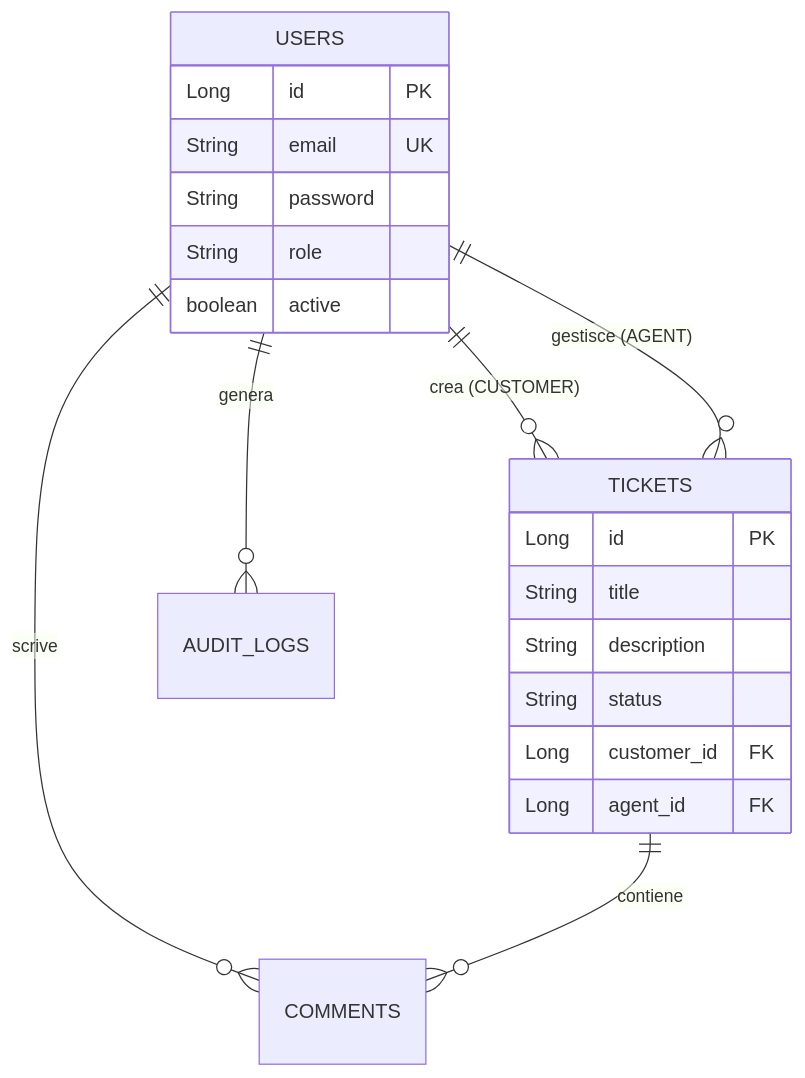
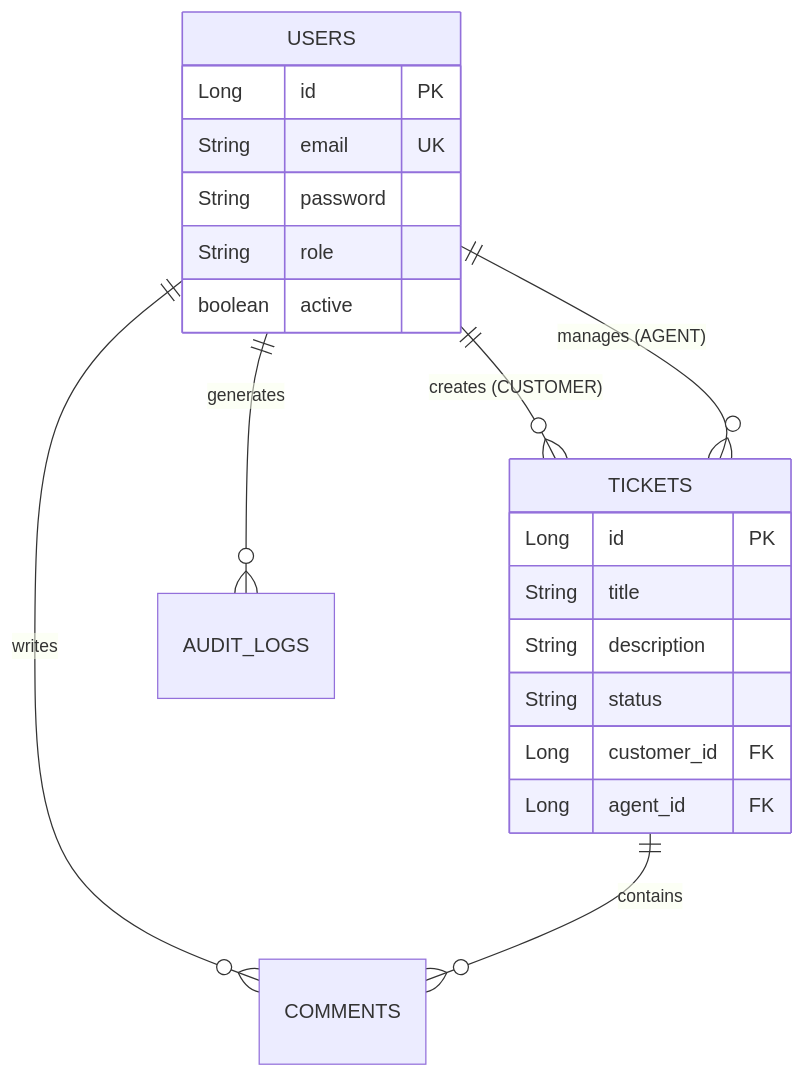
The diagram in README.md (ste-riiba/helpdesk), drawn with Mermaid before and after one commit. The commit also changed other lines of this file, not shown here.

````diff
--- a/README.md
+++ b/README.md
@@ -49,26 +48,26 @@
 ```mermaid
 erDiagram
-    USERS ||--o{ TICKETS : "crea (CUSTOMER)"
-    USERS ||--o{ TICKETS : "gestisce (AGENT)"
-    USERS ||--o{ COMMENTS : "scrive"
-    TICKETS ||--o{ COMMENTS : "contiene"
-    USERS ||--o{ AUDIT_LOGS : "genera"
+    USERS ||--o{ TICKETS : "creates (CUSTOMER)"
+    USERS ||--o{ TICKETS : "manages (AGENT)"
+    USERS ||--o{ COMMENTS : "writes"
+    TICKETS ||--o{ COMMENTS : "contains"
+    USERS ||--o{ AUDIT_LOGS : "generates"
 
     USERS {
         Long id PK
         String email UK
         String password
         String role
         boolean active
     }
 
     TICKETS {
         Long id PK
         String title
         String description
         String status
         Long customer_id FK
         Long agent_id FK
     }
 
 ```
````
